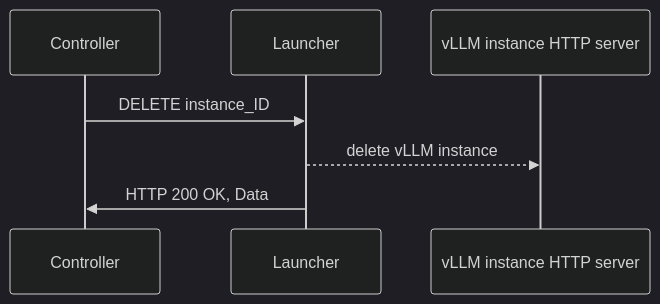
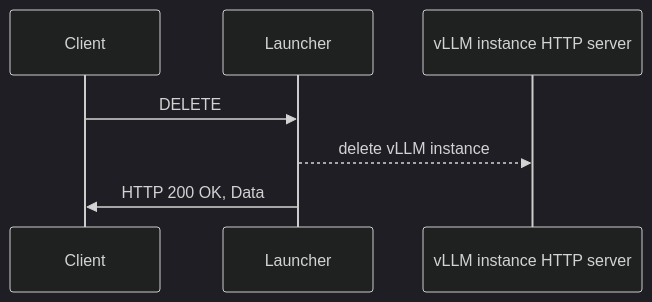
Before and after one commit to llm-d-incubation/llm-d-fast-model-actuation: the second of 3 diagrams in docs/launcher.md, drawn with Mermaid (dark theme). The commit also changed other lines of this file, not shown here.

````diff
--- a/docs/launcher.md
+++ b/docs/launcher.md
@@ -57,10 +52,10 @@
 ```mermaid
 sequenceDiagram
-    participant Controller
+    participant Client
     participant Launcher
     participant vLLM instance HTTP server
 
-    Controller->>Launcher: DELETE instance_ID
+    Client->>Launcher: DELETE
     Launcher-->>vLLM instance HTTP server: delete vLLM instance
-    Launcher->>Controller: HTTP 200 OK, Data
+    Launcher->>Client: HTTP 200 OK, Data
 ```
````
